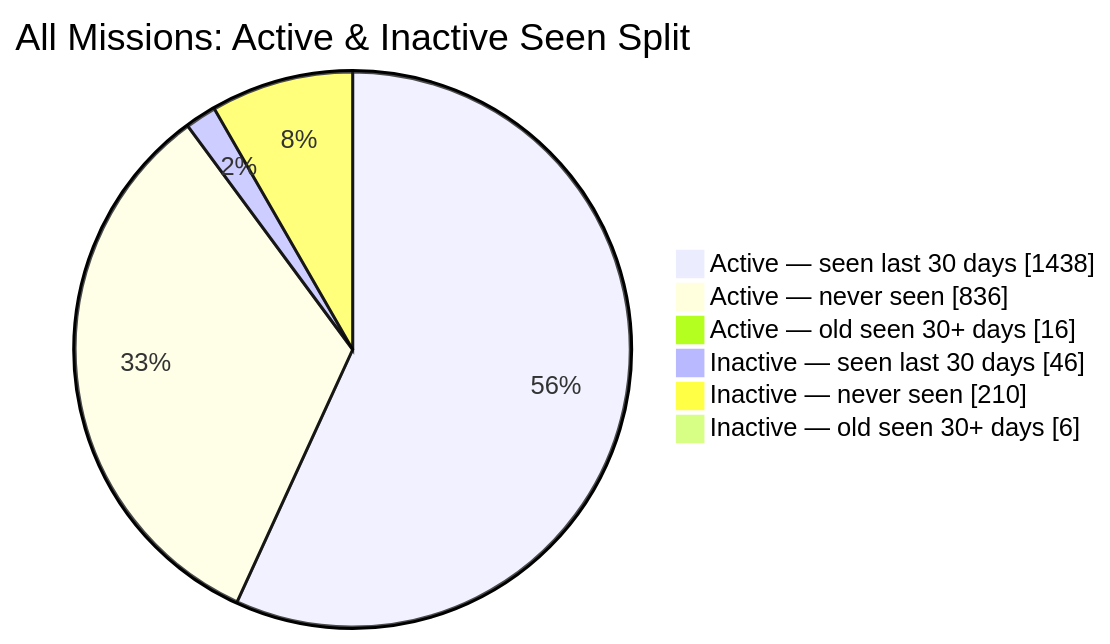
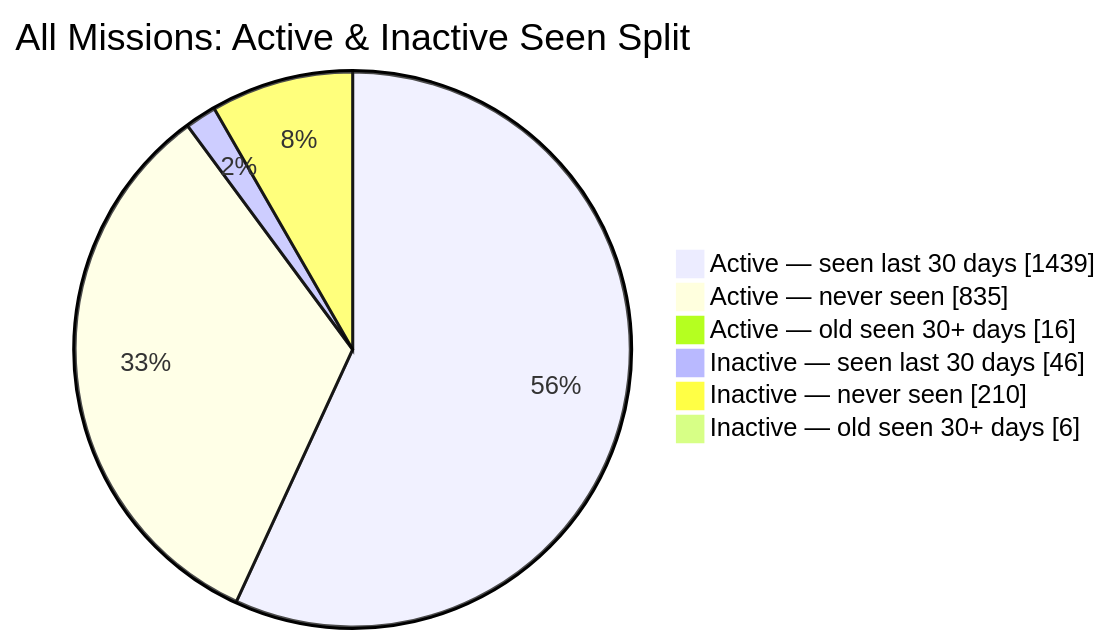
Before and after one commit to MeldkamerspelGameTeam/active-missions: the second of 2 diagrams in README.md, drawn with Mermaid. The commit also changed other lines of this file and 2 other files, not shown here.

````diff
--- a/README.md
+++ b/README.md
@@ -44,10 +44,10 @@
 ```mermaid
 pie showData
     title All Missions: Active & Inactive Seen Split
-    "Active — seen last 30 days" : 1438
-    "Active — never seen" : 836
+    "Active — seen last 30 days" : 1439
+    "Active — never seen" : 835
     "Active — old seen 30+ days" : 16
     "Inactive — seen last 30 days" : 46
     "Inactive — never seen" : 210
     "Inactive — old seen 30+ days" : 6
 ```
````
